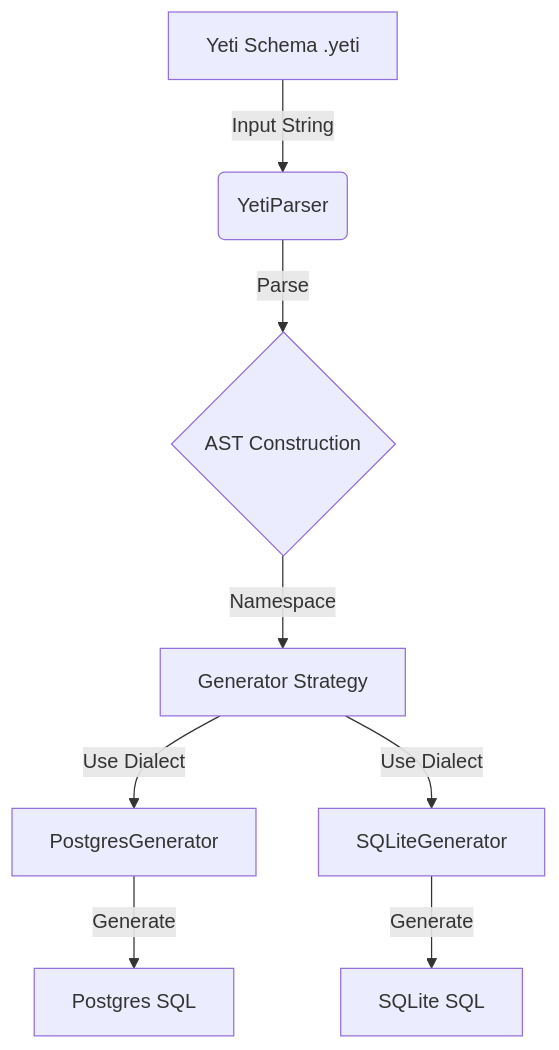
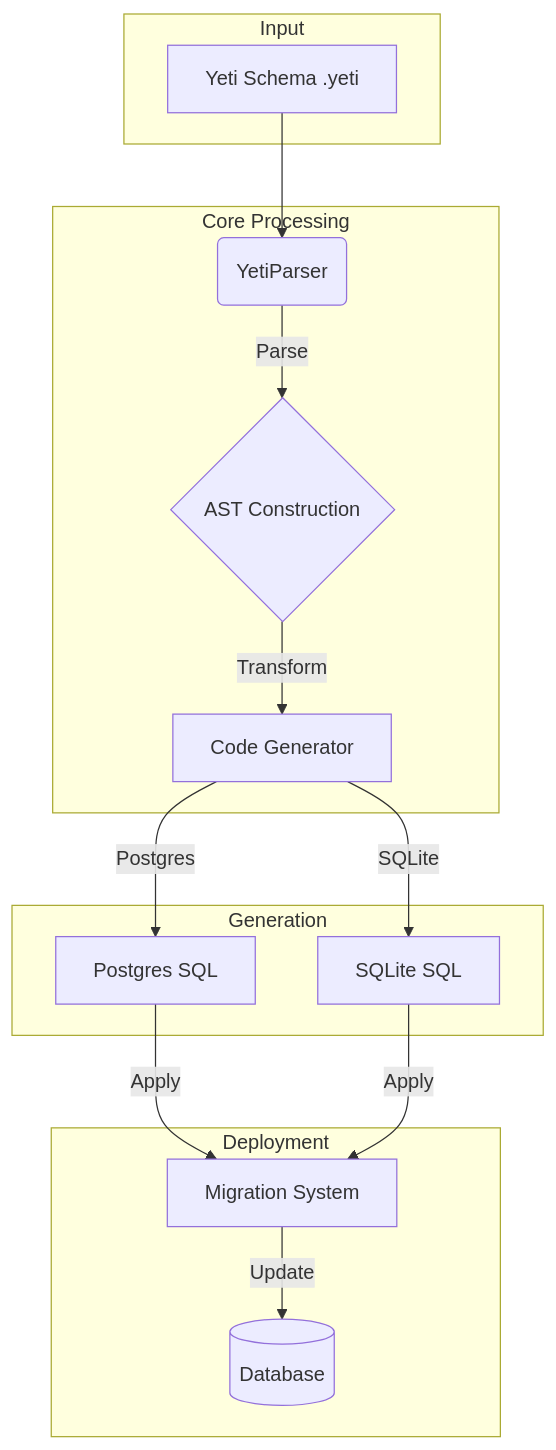
One commit to kiranojhanp/yeti changed the diagram in README.md. Above: the diagram before and after it, drawn with Mermaid. The commit also changed other lines of this file and 1 other file, not shown here.

Commit message:
docs: update README with architecture diagrams and migration details

````diff
--- a/README.md
+++ b/README.md
@@ -62,10 +64,24 @@
 ```mermaid
 graph TD
-    Input[Yeti Schema .yeti] -->|Input String| Parser(YetiParser)
-    Parser -->|Parse| AST{AST Construction}
-    AST -->|Namespace| Generator[Generator Strategy]
-    Generator -->|Use Dialect| PG[PostgresGenerator]
-    Generator -->|Use Dialect| SQLite[SQLiteGenerator]
-    PG -->|Generate| SQL_PG[Postgres SQL]
-    SQLite -->|Generate| SQL_SQLITE[SQLite SQL]
+    subgraph Input
+        Schema[Yeti Schema .yeti]
+    end
+
+    subgraph Core Processing
+        Parser(YetiParser) -->|Parse| AST{AST Construction}
+        AST -->|Transform| Generator[Code Generator]
+    end
+
+    subgraph Generation
+        Generator -->|Postgres| PG[Postgres SQL]
+        Generator -->|SQLite| SQLite[SQLite SQL]
+    end
+
+    subgraph Deployment
+        PG -->|Apply| Migration[Migration System]
+        SQLite -->|Apply| Migration
+        Migration -->|Update| DB[(Database)]
+    end
+
+    Schema --> Parser
 ```
````
